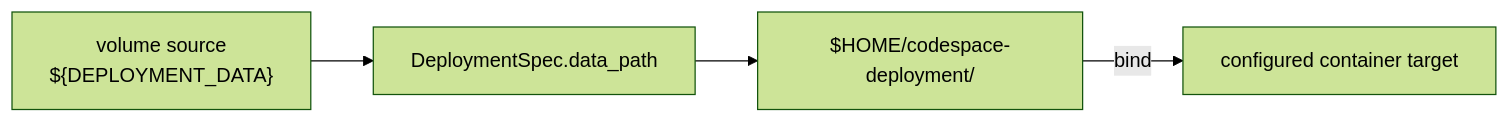
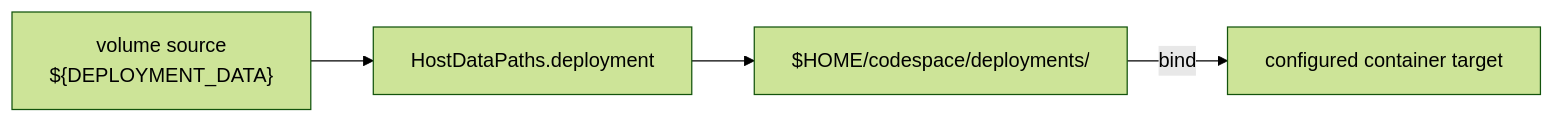
The fourth of 9 diagrams in controller/DESIGN.md (curoky/codespace), drawn with Mermaid (forest theme) before and after one commit. The commit also changed other lines of this file and 18 other files, not shown here.

First line of the commit message:
refactor: unify host data paths under ~/codespace

````diff
--- a/controller/DESIGN.md
+++ b/controller/DESIGN.md
@@ -144,6 +143,6 @@
 ```mermaid
 flowchart LR
-    ConfigPath["volume source<br/>${DEPLOYMENT_DATA}"] --> Resolve["DeploymentSpec.data_path"]
-    Resolve --> HostPath["$HOME/codespace-deployment/<deployment>"]
+    ConfigPath["volume source<br/>${DEPLOYMENT_DATA}"] --> Resolve["HostDataPaths.deployment"]
+    Resolve --> HostPath["$HOME/codespace/deployments/<deployment>"]
     HostPath -->|bind| Target["configured container target"]
 ```
````
